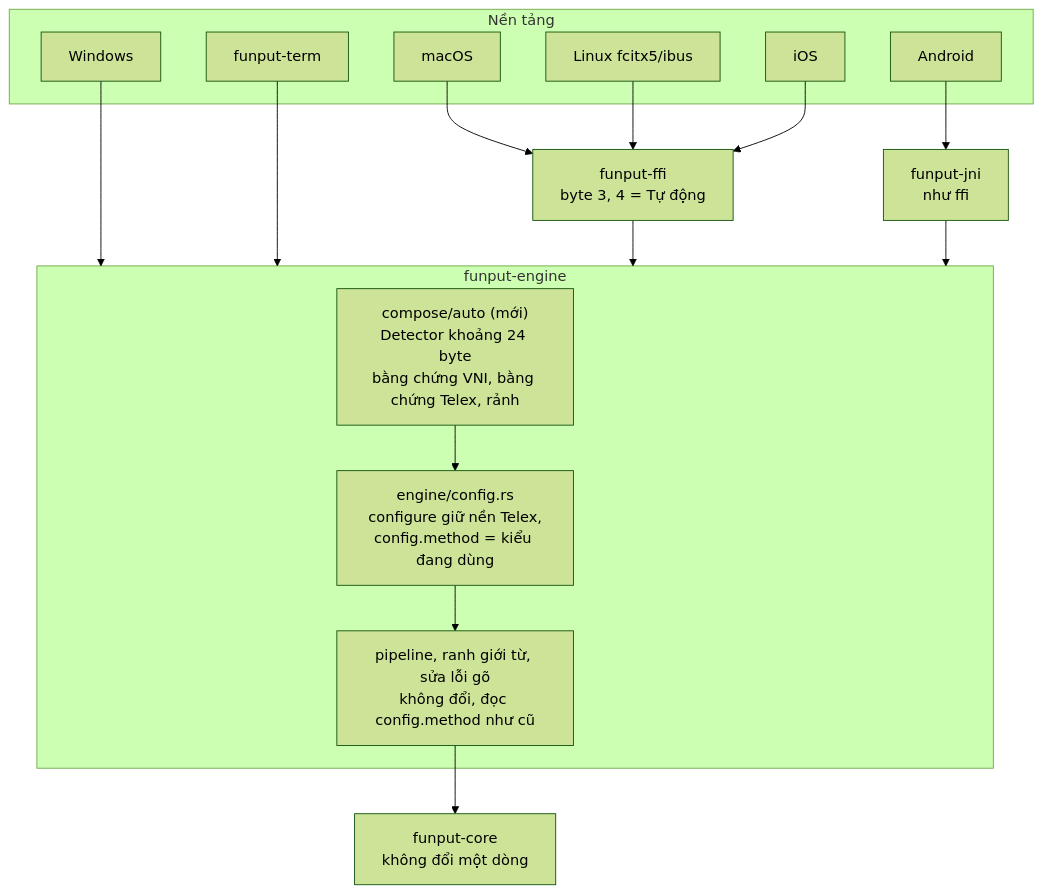
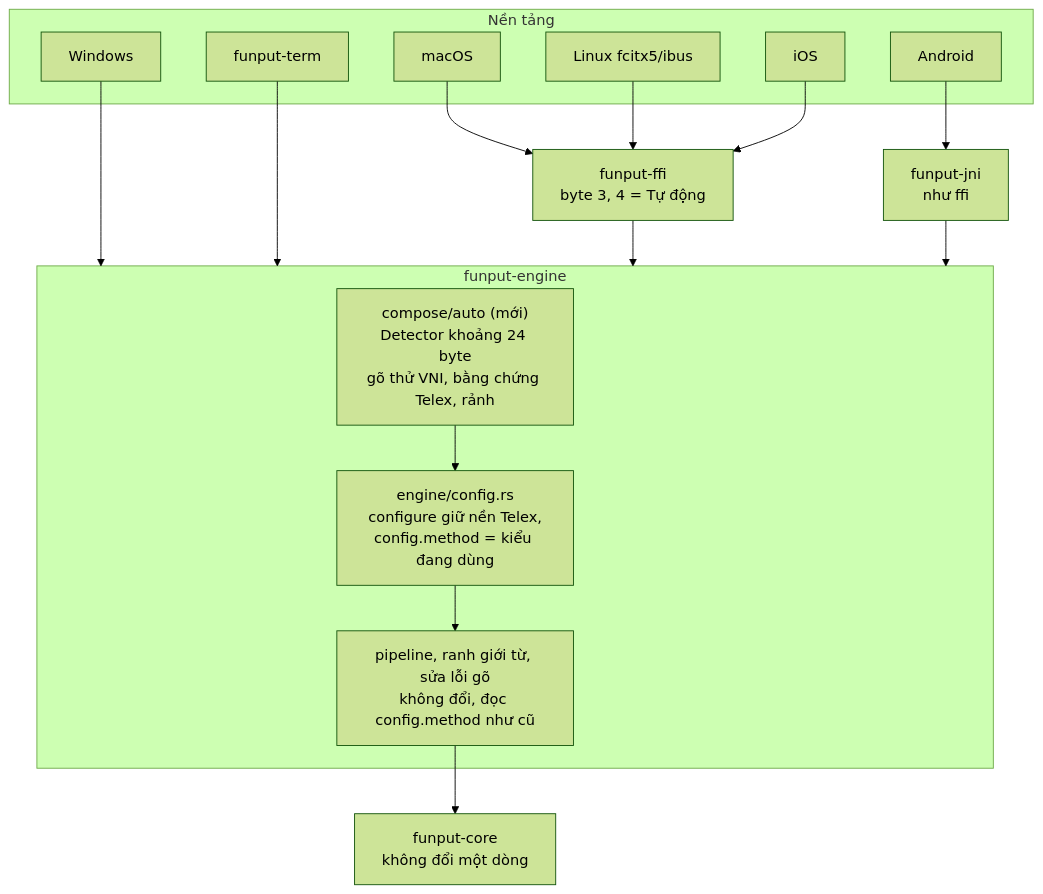
One commit to Funput/Funput changed the second of 2 diagrams in docs/features/auto-typing-method.md. Above: the diagram before and after it, drawn with Mermaid (forest theme). The commit also changed other lines of this file, not shown here.

First line of the commit message:
Judge a VNI word at its boundary, not at its first digit

````diff
--- a/docs/features/auto-typing-method.md
+++ b/docs/features/auto-typing-method.md
@@ -162,29 +197,29 @@
 ```mermaid
 flowchart TD
     subgraph Hosts["Nền tảng"]
         macOS
         Linux["Linux fcitx5/ibus"]
         iOS
         Android
         Windows
         Term["funput-term"]
     end
     FFI["funput-ffi<br/>byte 3, 4 = Tự động"]
     JNI["funput-jni<br/>như ffi"]
     subgraph Engine["funput-engine"]
-        Detect["compose/auto (mới)<br/>Detector khoảng 24 byte<br/>bằng chứng VNI, bằng chứng Telex, rảnh"]
+        Detect["compose/auto (mới)<br/>Detector khoảng 24 byte<br/>gõ thử VNI, bằng chứng Telex, rảnh"]
         Config["engine/config.rs<br/>configure giữ nền Telex,<br/>config.method = kiểu đang dùng"]
         Rest["pipeline, ranh giới từ, sửa lỗi gõ<br/>không đổi, đọc config.method như cũ"]
         Detect --> Config --> Rest
     end
     Core["funput-core<br/>không đổi một dòng"]
     macOS --> FFI
     Linux --> FFI
     iOS --> FFI
     Android --> JNI
     Windows --> Engine
     Term --> Engine
     FFI --> Engine
     JNI --> Engine
     Rest --> Core
 ```
````
